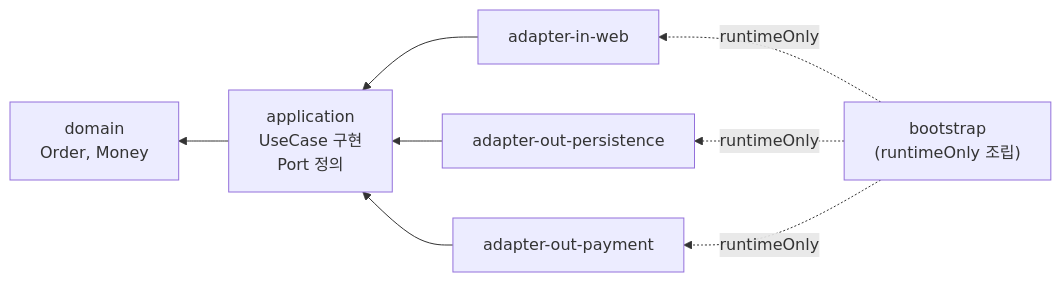
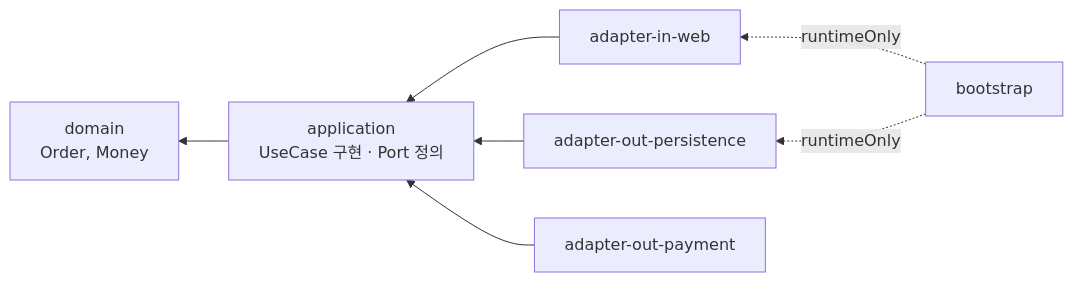
The second of 2 diagrams in MSA/12-hexagonal-architecture.md (ktae23/TIL), drawn with Mermaid before and after one commit. The commit also changed other lines of this file and 13 other files, not shown here.

````diff
--- a/MSA/12-hexagonal-architecture.md
+++ b/MSA/12-hexagonal-architecture.md
@@ -192,17 +123,15 @@
 ```mermaid
 graph RL
-    BOOT["bootstrap<br/>(runtimeOnly 조립)"]
+    BOOT["bootstrap"]
     WEB["adapter-in-web"]
     PERSIST["adapter-out-persistence"]
     PAY["adapter-out-payment"]
-    APP["application<br/>UseCase 구현<br/>Port 정의"]
+    APP["application<br/>UseCase 구현 · Port 정의"]
     DOM["domain<br/>Order, Money"]
-
     WEB --> APP
     PERSIST --> APP
     PAY --> APP
     APP --> DOM
     BOOT -.runtimeOnly.-> WEB
     BOOT -.runtimeOnly.-> PERSIST
-    BOOT -.runtimeOnly.-> PAY
 ```
````
